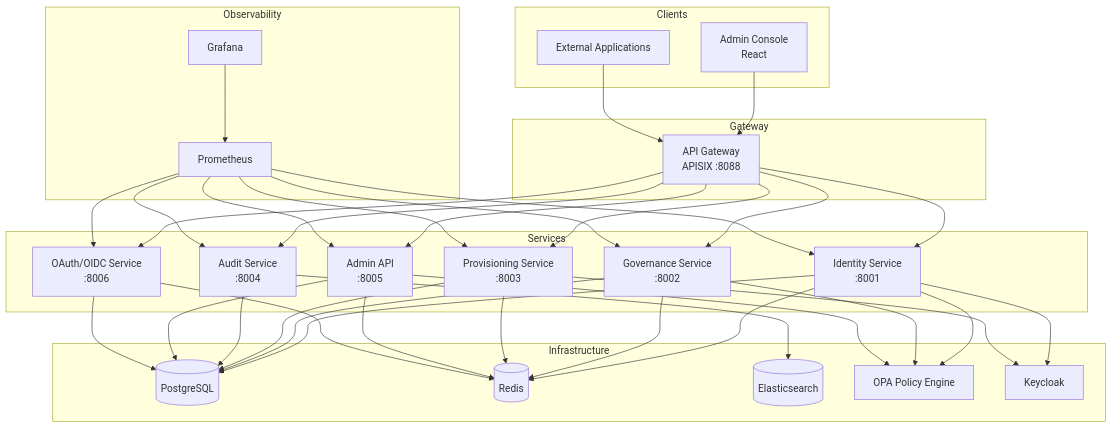
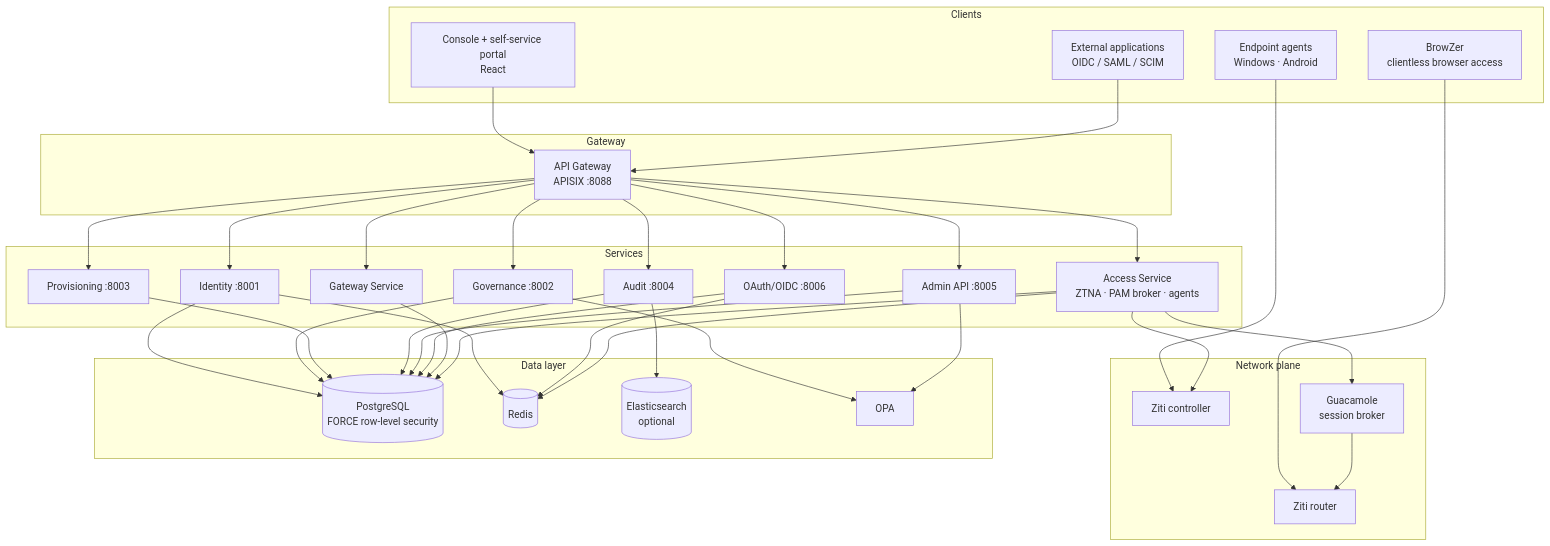
The first of 2 diagrams in docs/docs/guide/architecture.md (mhmtgngr/openidx), drawn with Mermaid before and after one commit. The commit also changed other lines of this file and 10 other files, not shown here.

````diff
--- a/docs/docs/guide/architecture.md
+++ b/docs/docs/guide/architecture.md
@@ -7,46 +11,51 @@
 ```mermaid
 graph TB
     subgraph Clients
-        AdminUI[Admin Console<br/>React]
-        ExtApp[External Applications]
+        AdminUI[Console + self-service portal<br/>React]
+        Agent[Endpoint agents<br/>Windows · Android]
+        BrowZer[BrowZer<br/>clientless browser access]
+        ExtApp[External applications<br/>OIDC / SAML / SCIM]
     end
 
     subgraph Gateway
         APISIX[API Gateway<br/>APISIX :8088]
     end
 
     subgraph Services
-        IS[Identity Service<br/>:8001]
-        GS[Governance Service<br/>:8002]
-        PS[Provisioning Service<br/>:8003]
-        AS[Audit Service<br/>:8004]
-        AA[Admin API<br/>:8005]
-        OS[OAuth/OIDC Service<br/>:8006]
+        IS[Identity :8001]
+        GS[Governance :8002]
+        PS[Provisioning :8003]
+        AS[Audit :8004]
+        AA[Admin API :8005]
+        OS[OAuth/OIDC :8006]
+        GW[Gateway Service]
+        AC[Access Service<br/>ZTNA · PAM broker · agents]
     end
 
-    subgraph Infrastructure
-        PG[(PostgreSQL)]
-        RD[(Redis)]
-        ES[(Elasticsearch)]
-        OPA[OPA Policy Engine]
-        KC[Keycloak]
+    subgraph Network plane
+        ZC[Ziti controller]
+        ZR[Ziti router]
+        GD[Guacamole<br/>session broker]
     end
 
-    subgraph Observability
-        PROM[Prometheus]
-        GRAF[Grafana]
+    subgraph Data layer
+        PG[(PostgreSQL<br/>FORCE row-level security)]
+        RD[(Redis)]
+        ES[(Elasticsearch<br/>optional)]
+        OPA[OPA]
     end
 
     AdminUI --> APISIX
     ExtApp --> APISIX
-    APISIX --> IS & GS & PS & AS & AA & OS
+    Agent --> ZC
+    BrowZer --> ZR
+    APISIX --> IS & GS & PS & AS & AA & OS & GW & AC
 
-    IS & GS & PS & AS & AA & OS --> PG
-    IS & GS & PS & AA & OS --> RD
+    IS & GS & PS & AS & AA & OS & GW & AC --> PG
+    IS & OS & AC --> RD
     AS --> ES
-    IS & GS & AA --> OPA
-    IS & PS --> KC
-
-    PROM --> IS & GS & PS & AS & AA & OS
-    GRAF --> PROM
+    GS & AA --> OPA
+    AC --> ZC
+    AC --> GD
+    GD --> ZR
 ```
````
